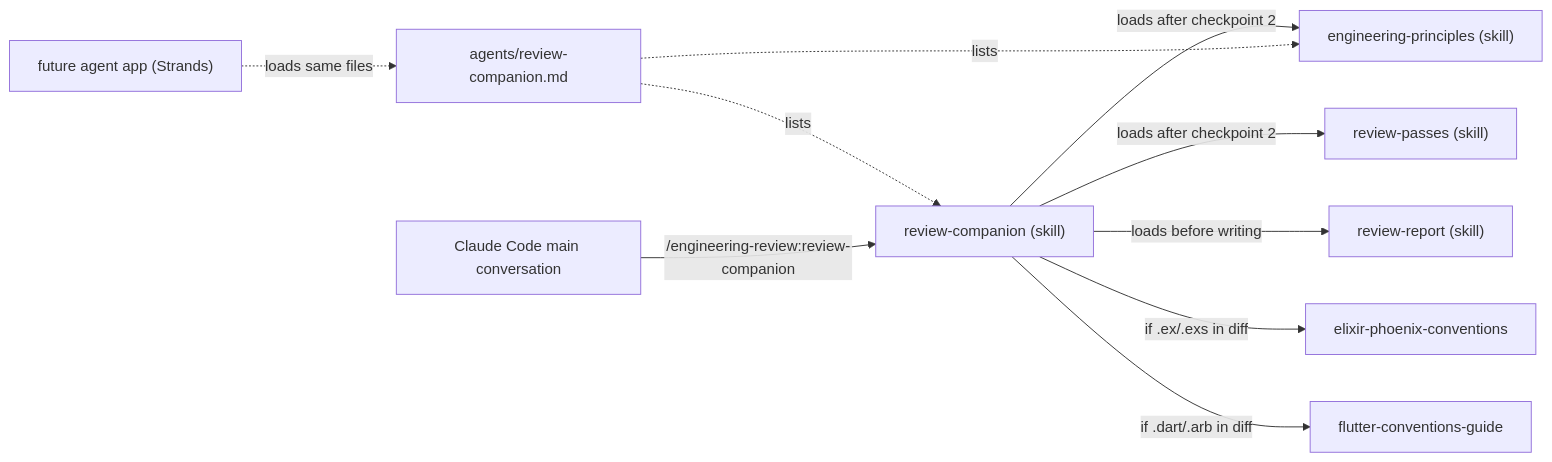
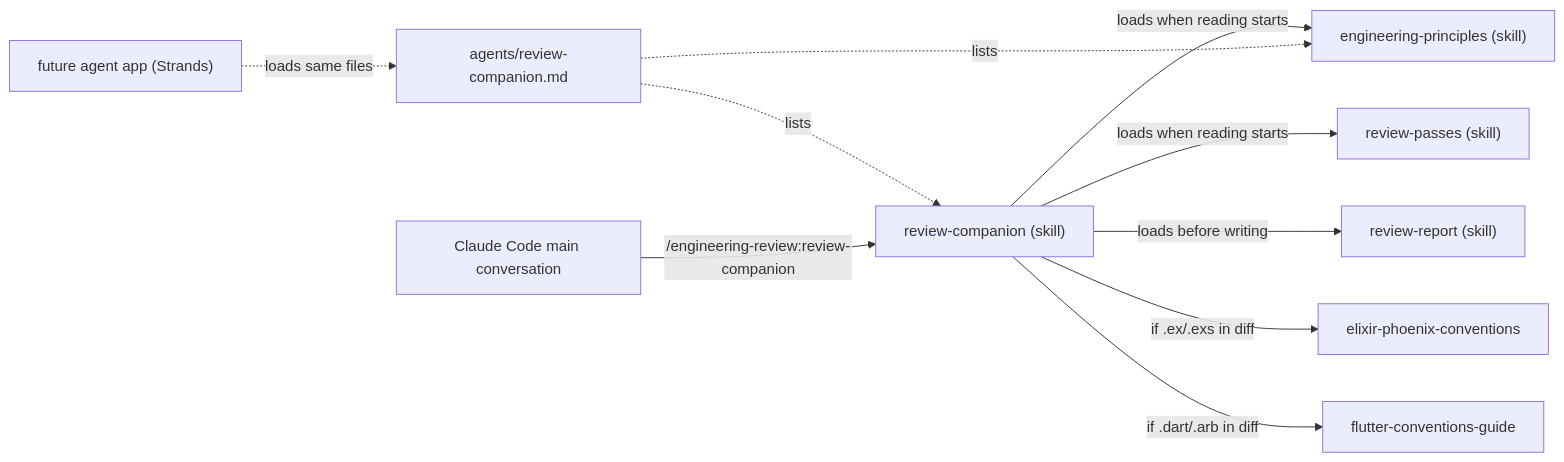
One commit to colette-club/colette-marketplace changed the first of 4 diagrams in docs/superpowers/specs/2026-09-29-engineering-review-design.md. Above: the diagram before and after it, drawn with Mermaid. The commit also changed other lines of this file and 94 other files, not shown here.

````diff
--- a/docs/superpowers/specs/2026-09-29-engineering-review-design.md
+++ b/docs/superpowers/specs/2026-09-29-engineering-review-design.md
@@ -81,12 +82,12 @@
 ```mermaid
 flowchart LR
-  RC["review-companion (skill)"] -->|loads after checkpoint 2| EP["engineering-principles (skill)"]
-  RC -->|loads after checkpoint 2| RP["review-passes (skill)"]
+  RC["review-companion (skill)"] -->|loads when reading starts| EP["engineering-principles (skill)"]
+  RC -->|loads when reading starts| RP["review-passes (skill)"]
   RC -->|loads before writing| RR["review-report (skill)"]
   RC -->|if .ex/.exs in diff| EX["elixir-phoenix-conventions"]
   RC -->|if .dart/.arb in diff| FL["flutter-conventions-guide"]
   AG["agents/review-companion.md"] -.->|lists| RC
   AG -.->|lists| EP
   CC["Claude Code main conversation"] -->|"/engineering-review:review-companion"| RC
   APP["future agent app (Strands)"] -.->|loads same files| AG
 ```
````
